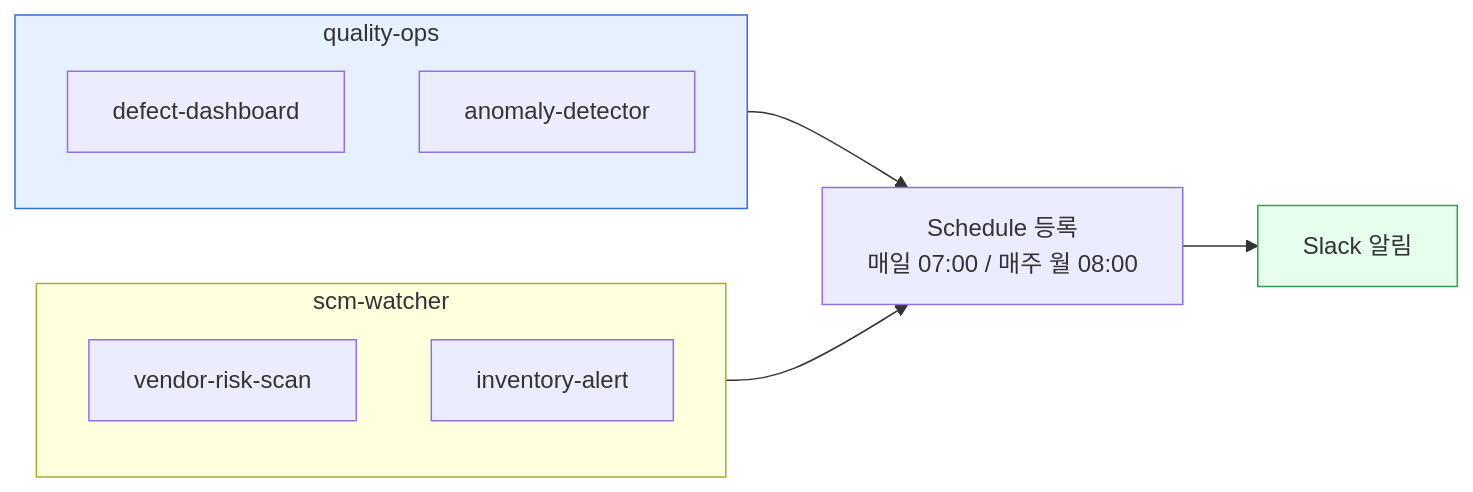
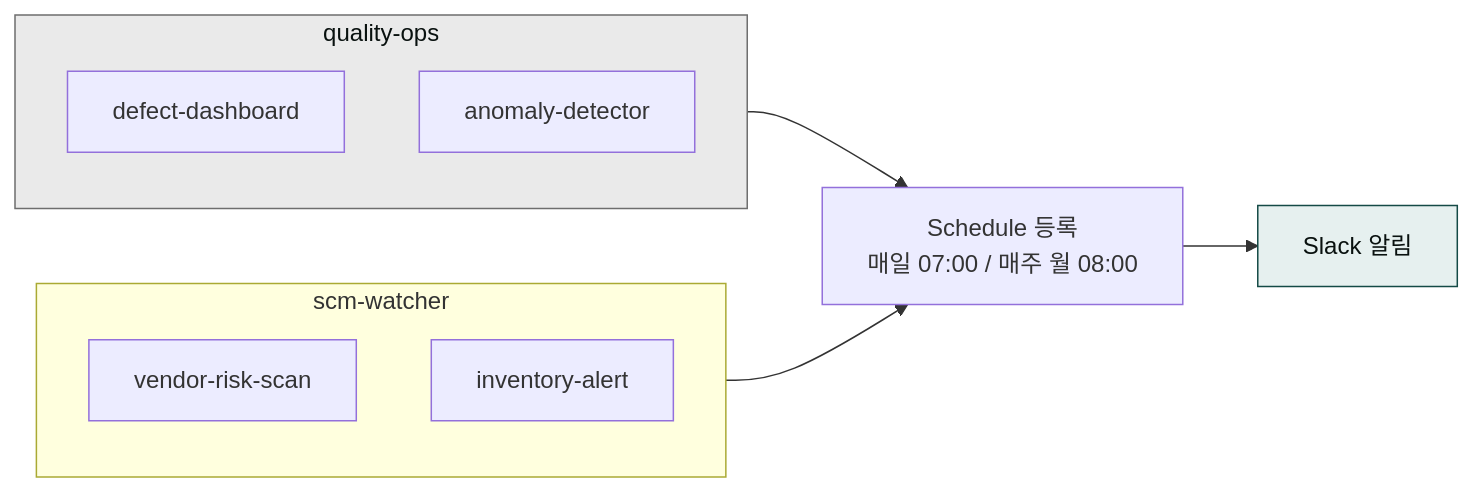
The diagram in content/cookbook/ai-employee-lab-2.md (modu-ai/claude), drawn with Mermaid before and after one commit. The commit also changed 97 other files, not shown here.

First line of the commit message:
style(docs-site): mermaid 색상 브랜드 정합 + 라이트 테마 단일화

````diff
--- a/content/cookbook/ai-employee-lab-2.md
+++ b/content/cookbook/ai-employee-lab-2.md
@@ -13,17 +13,17 @@
 ```mermaid
 flowchart LR
     subgraph Quality["quality-ops"]
         A1["defect-dashboard"]
         A2["anomaly-detector"]
     end
     subgraph SCM["scm-watcher"]
         B1["vendor-risk-scan"]
         B2["inventory-alert"]
     end
     Quality --> C["Schedule 등록<br/>매일 07:00 / 매주 월 08:00"]
     SCM --> C
     C --> D["Slack 알림"]
 
-    style Quality fill:#e6f0ff,stroke:#3070d0
-    style D fill:#e6ffec,stroke:#30a050
+    style Quality fill:#eaeaea,stroke:#6e6e6e,color:#09110f
+    style D fill:#e6f0ef,stroke:#144a46,color:#09110f
 ```
````
